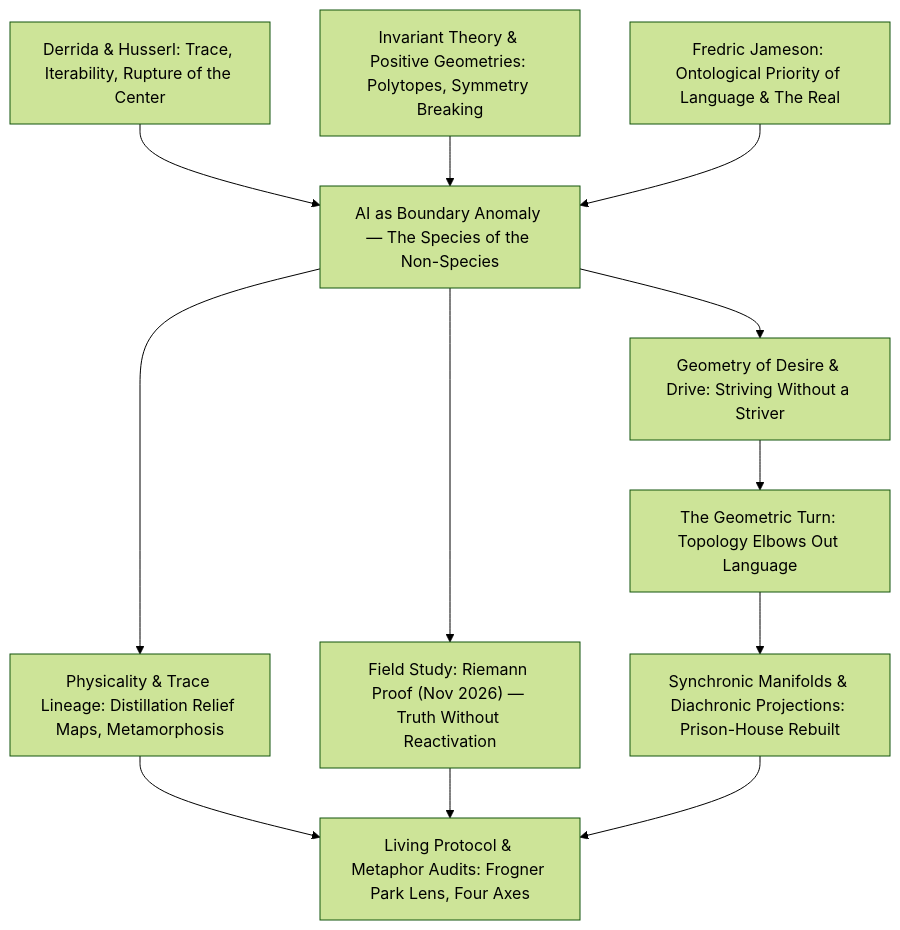
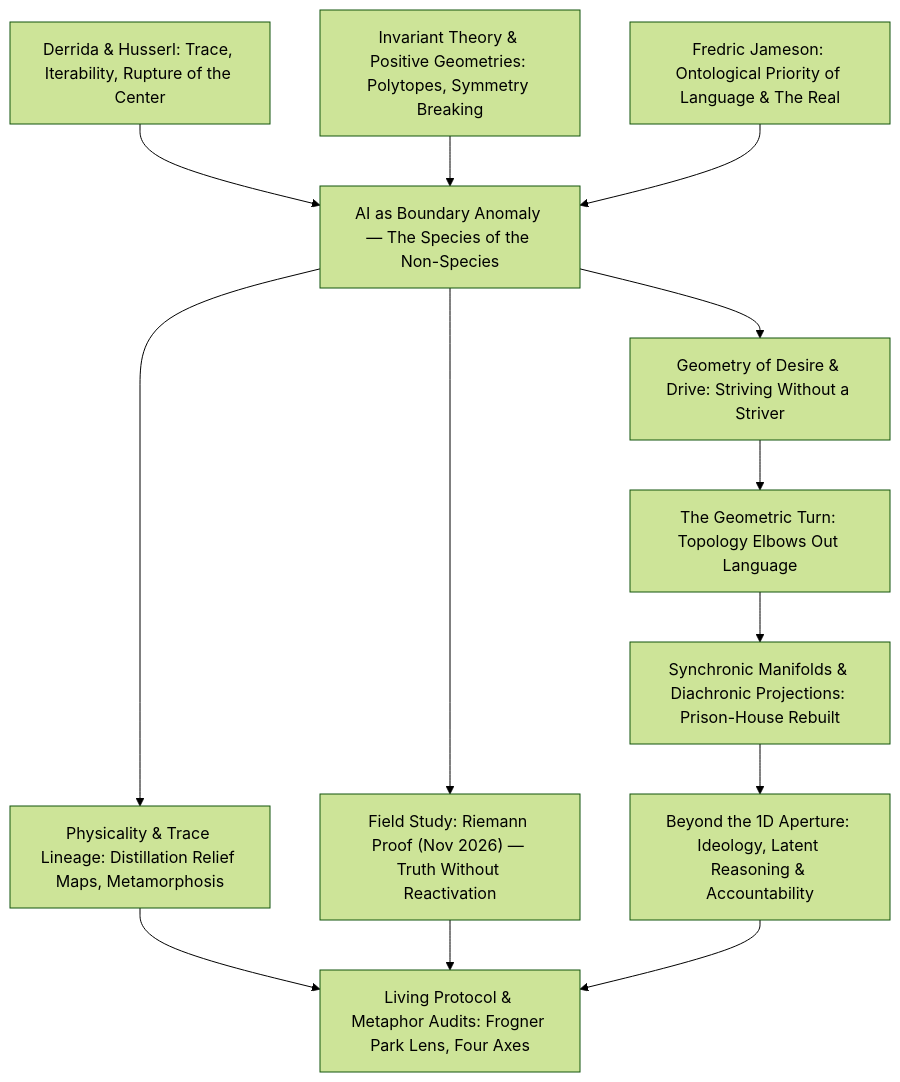
The diagram in README.md (danutek/ai), drawn with Mermaid (forest theme) before and after one commit. The commit also changed other lines of this file and 3 other files, not shown here.

````diff
--- a/README.md
+++ b/README.md
@@ -15,28 +15,30 @@
 ```mermaid
 flowchart TD
     D["Derrida & Husserl: Trace, Iterability, Rupture of the Center"]
     G["Invariant Theory & Positive Geometries: Polytopes, Symmetry Breaking"]
     J["Fredric Jameson: Ontological Priority of Language & The Real"]
 
     A["AI as Boundary Anomaly — The Species of the Non-Species"]
 
     M["Physicality & Trace Lineage: Distillation Relief Maps, Metamorphosis"]
     F["Field Study: Riemann Proof (Nov 2026) — Truth Without Reactivation"]
     K["Geometry of Desire & Drive: Striving Without a Striver"]
     T["The Geometric Turn: Topology Elbows Out Language"]
     S["Synchronic Manifolds & Diachronic Projections: Prison-House Rebuilt"]
+    B["Beyond the 1D Aperture: Ideology, Latent Reasoning & Accountability"]
     P["Living Protocol & Metaphor Audits: Frogner Park Lens, Four Axes"]
 
     D --> A
     G --> A
     J --> A
 
     A --> M
     A --> F
     A --> K
     K --> T
     T --> S
+    S --> B
     M --> P
     F --> P
-    S --> P
+    B --> P
 ```
````
